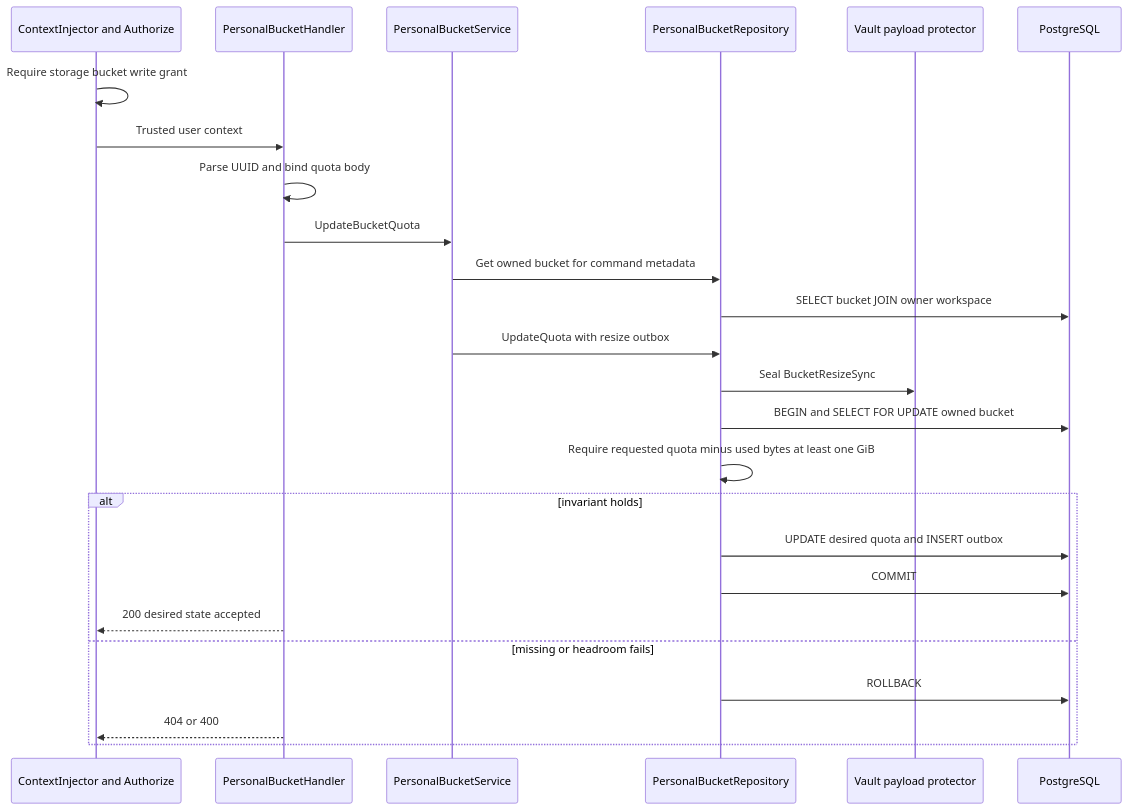
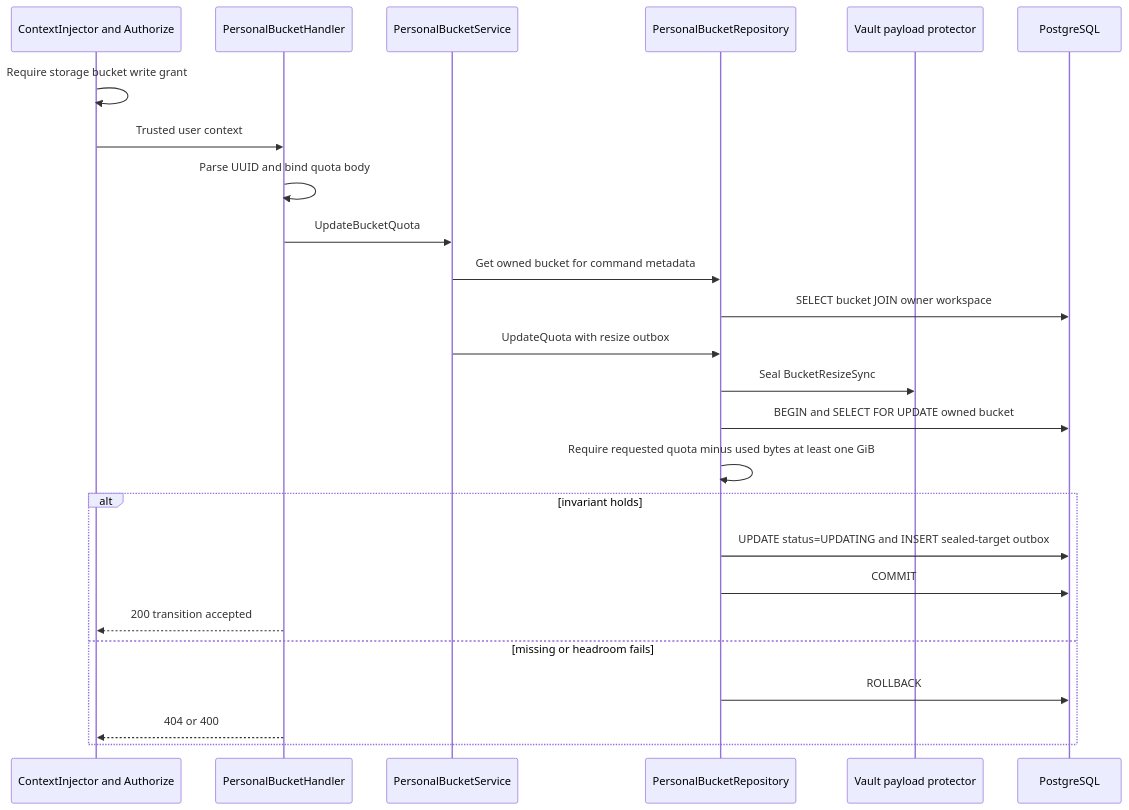
One commit to phucle996/aurora changed the second of 4 diagrams in god_view/storage/personal_bucket_quota_update_god_view_workflow.md. Above: the diagram before and after it, drawn with Mermaid. The commit also changed other lines of this file and 195 other files, not shown here.

````diff
--- a/god_view/storage/personal_bucket_quota_update_god_view_workflow.md
+++ b/god_view/storage/personal_bucket_quota_update_god_view_workflow.md
@@ -99,28 +100,28 @@
 ```mermaid
 sequenceDiagram
     participant M as ContextInjector and Authorize
     participant H as PersonalBucketHandler
     participant S as PersonalBucketService
     participant R as PersonalBucketRepository
     participant V as Vault payload protector
     participant PG as PostgreSQL
 
     M->>M: Require storage bucket write grant
     M->>H: Trusted user context
     H->>H: Parse UUID and bind quota body
     H->>S: UpdateBucketQuota
     S->>R: Get owned bucket for command metadata
     R->>PG: SELECT bucket JOIN owner workspace
     S->>R: UpdateQuota with resize outbox
     R->>V: Seal BucketResizeSync
     R->>PG: BEGIN and SELECT FOR UPDATE owned bucket
     R->>R: Require requested quota minus used bytes at least one GiB
     alt invariant holds
-        R->>PG: UPDATE desired quota and INSERT outbox
+        R->>PG: UPDATE status=UPDATING and INSERT sealed-target outbox
         R->>PG: COMMIT
-        H-->>M: 200 desired state accepted
+        H-->>M: 200 transition accepted
     else missing or headroom fails
         R->>PG: ROLLBACK
         H-->>M: 404 or 400
     end
 ```
````
